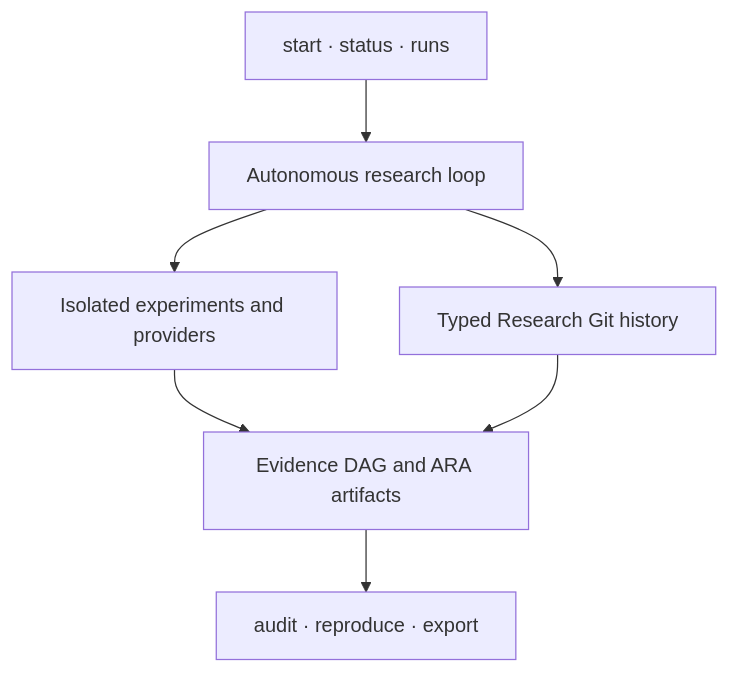
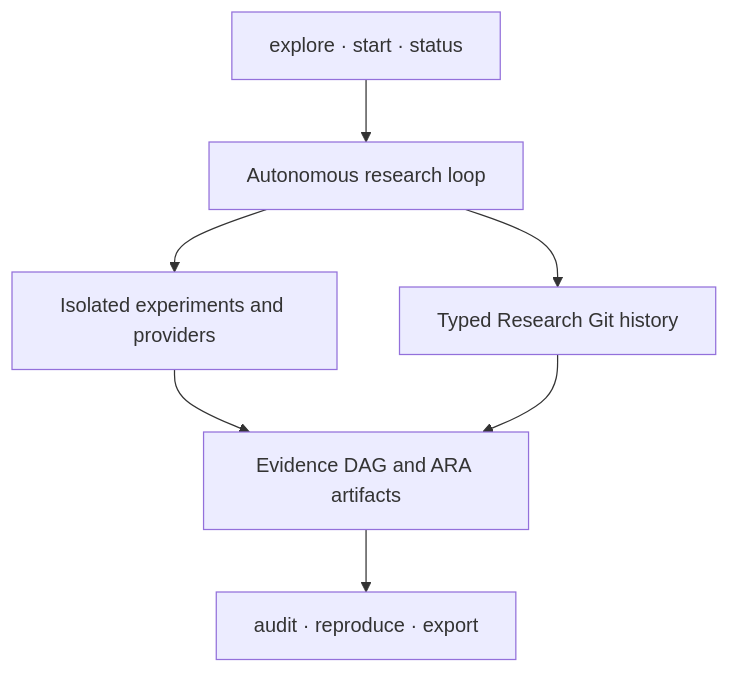
One commit to smileformylove/XScientist changed the diagram in README.md. Above: the diagram before and after it, drawn with Mermaid. The commit also changed other lines of this file and 15 other files, not shown here.

````diff
--- a/README.md
+++ b/README.md
@@ -233,9 +267,9 @@
 ```mermaid
 flowchart TB
-  U["start · status · runs"] --> O["Autonomous research loop"]
+  U["explore · start · status"] --> O["Autonomous research loop"]
   O --> E["Isolated experiments and providers"]
   O --> R["Typed Research Git history"]
   E --> D["Evidence DAG and ARA artifacts"]
   R --> D
   D --> A["audit · reproduce · export"]
 ```
````
